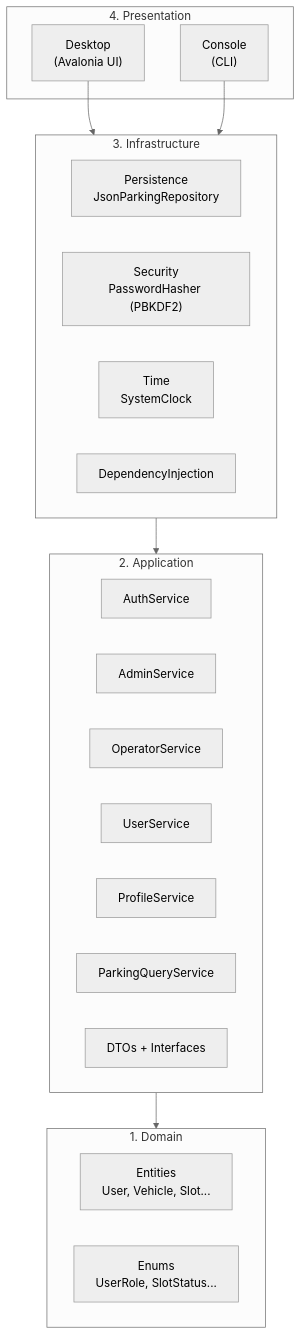
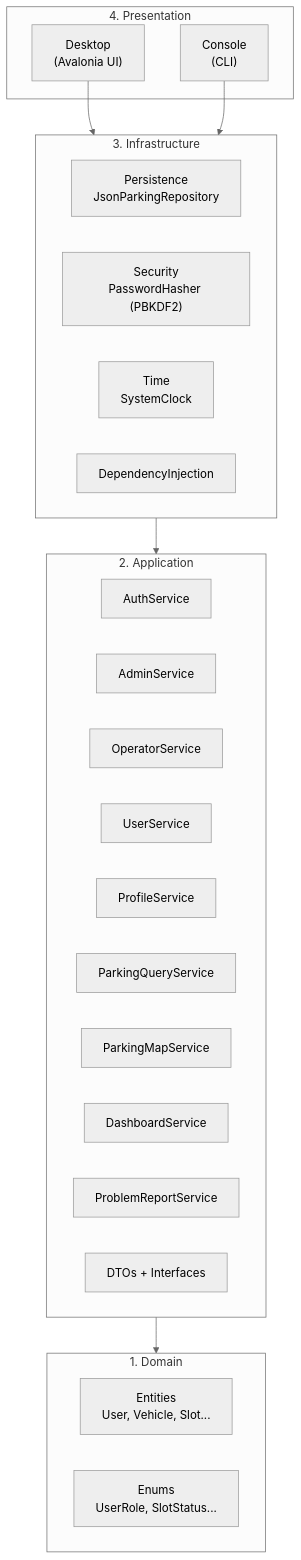
One commit to abd1bayev/Parking_tizimi_C-_PBL_2 changed the first of 2 diagrams in README.md. Above: the diagram before and after it, drawn with Mermaid (neutral theme). The commit also changed other lines of this file and 23 other files, not shown here.

Commit message:
Add slot status management and problem reporting features; enhance dashboard and UI components

````diff
--- a/README.md
+++ b/README.md
@@ -27,34 +27,37 @@
 ```mermaid
 flowchart TB
     subgraph Presentation["4. Presentation"]
         Desktop["Desktop\n(Avalonia UI)"]
         Console["Console\n(CLI)"]
     end
 
     subgraph Infrastructure["3. Infrastructure"]
         Repo["Persistence\nJsonParkingRepository"]
         Security["Security\nPasswordHasher (PBKDF2)"]
         Time["Time\nSystemClock"]
         DI["DependencyInjection"]
     end
 
     subgraph Application["2. Application"]
         Auth["AuthService"]
         Admin["AdminService"]
         Operator["OperatorService"]
         User["UserService"]
         Profile["ProfileService"]
         Query["ParkingQueryService"]
+        Map["ParkingMapService"]
+        Dashboard["DashboardService"]
+        Problems["ProblemReportService"]
         DTOs["DTOs + Interfaces"]
     end
 
     subgraph Domain["1. Domain"]
         Entities["Entities\nUser, Vehicle, Slot..."]
         Enums["Enums\nUserRole, SlotStatus..."]
     end
 
     Desktop --> Infrastructure
     Console --> Infrastructure
     Infrastructure --> Application
     Application --> Domain
 ```
````
